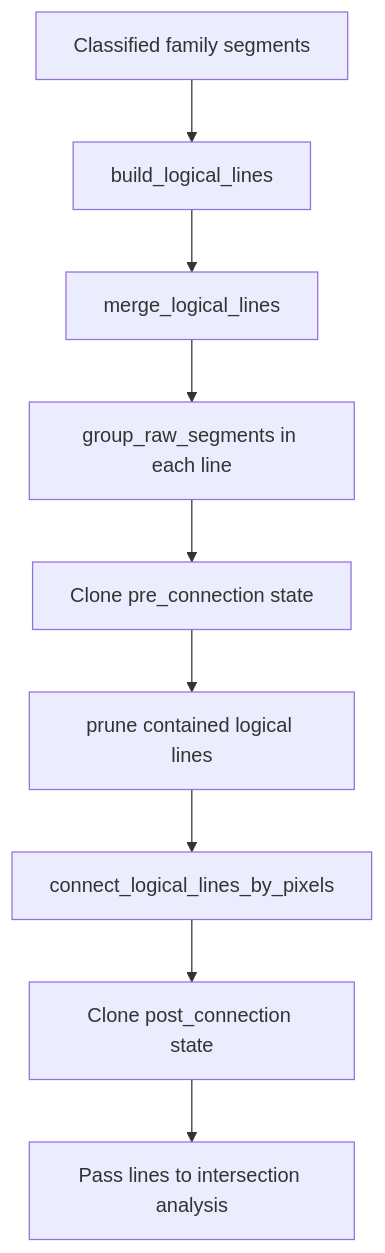
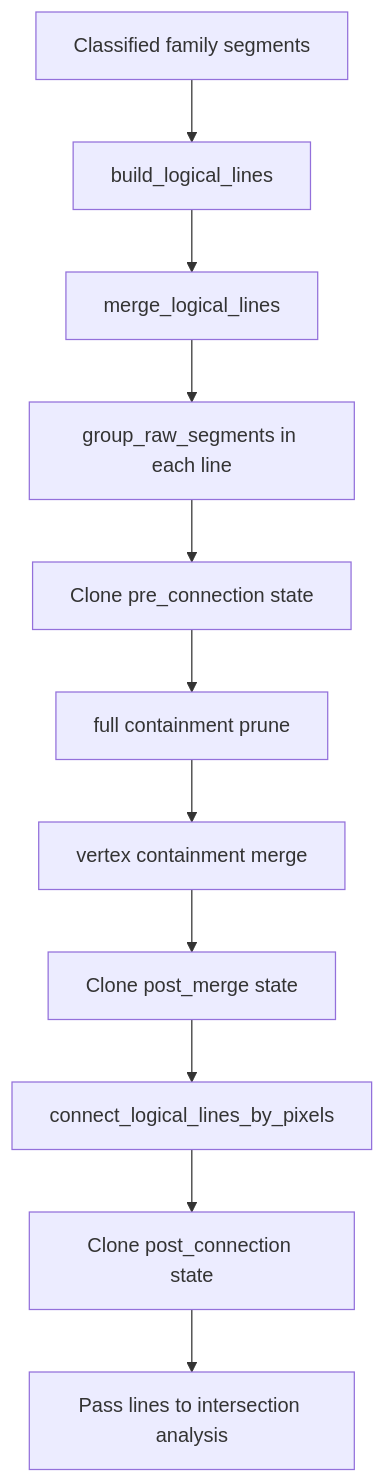
Before and after one commit to ML-Experts/sudoku: the diagram in src/MachineLearning/draft/raw_line_family_only/documentation/logical_line_lifecycle.md, drawn with Mermaid. The commit also changed other lines of this file and 21 other files, not shown here.

First line of the commit message:
Enhance raw line family processing with new vertex containment and cross-axis continuity features

````diff
--- a/src/MachineLearning/draft/raw_line_family_only/documentation/logical_line_lifecycle.md
+++ b/src/MachineLearning/draft/raw_line_family_only/documentation/logical_line_lifecycle.md
@@ -482,11 +69,13 @@
 ```mermaid
 flowchart TD
     familySegments[Classified family segments] --> buildLines[build_logical_lines]
     buildLines --> mergeLines[merge_logical_lines]
     mergeLines --> groupRaw[group_raw_segments in each line]
     groupRaw --> savePre[Clone pre_connection state]
-    savePre --> containment[prune contained logical lines]
-    containment --> pixelConnect[connect_logical_lines_by_pixels]
+    savePre --> fullContainment[full containment prune]
+    fullContainment --> vertexMerge[vertex containment merge]
+    vertexMerge --> savePostMerge[Clone post_merge state]
+    savePostMerge --> pixelConnect[connect_logical_lines_by_pixels]
     pixelConnect --> savePost[Clone post_connection state]
     savePost --> handoff[Pass lines to intersection analysis]
 ```
````
